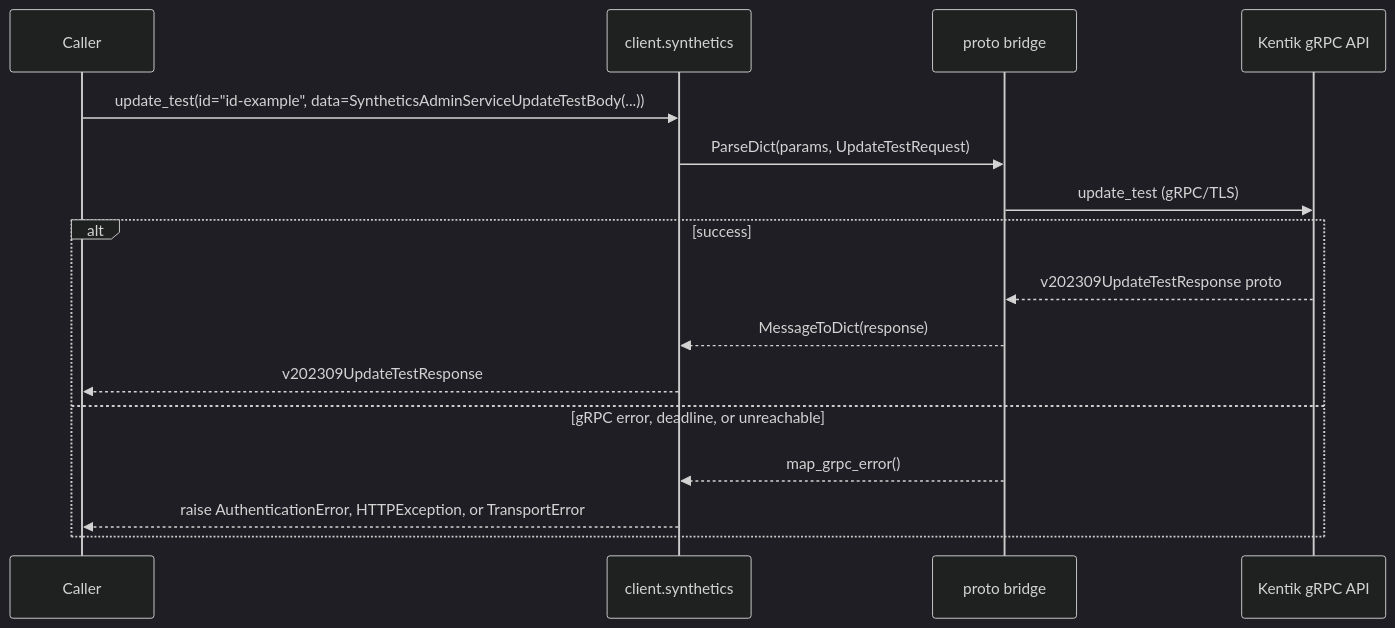
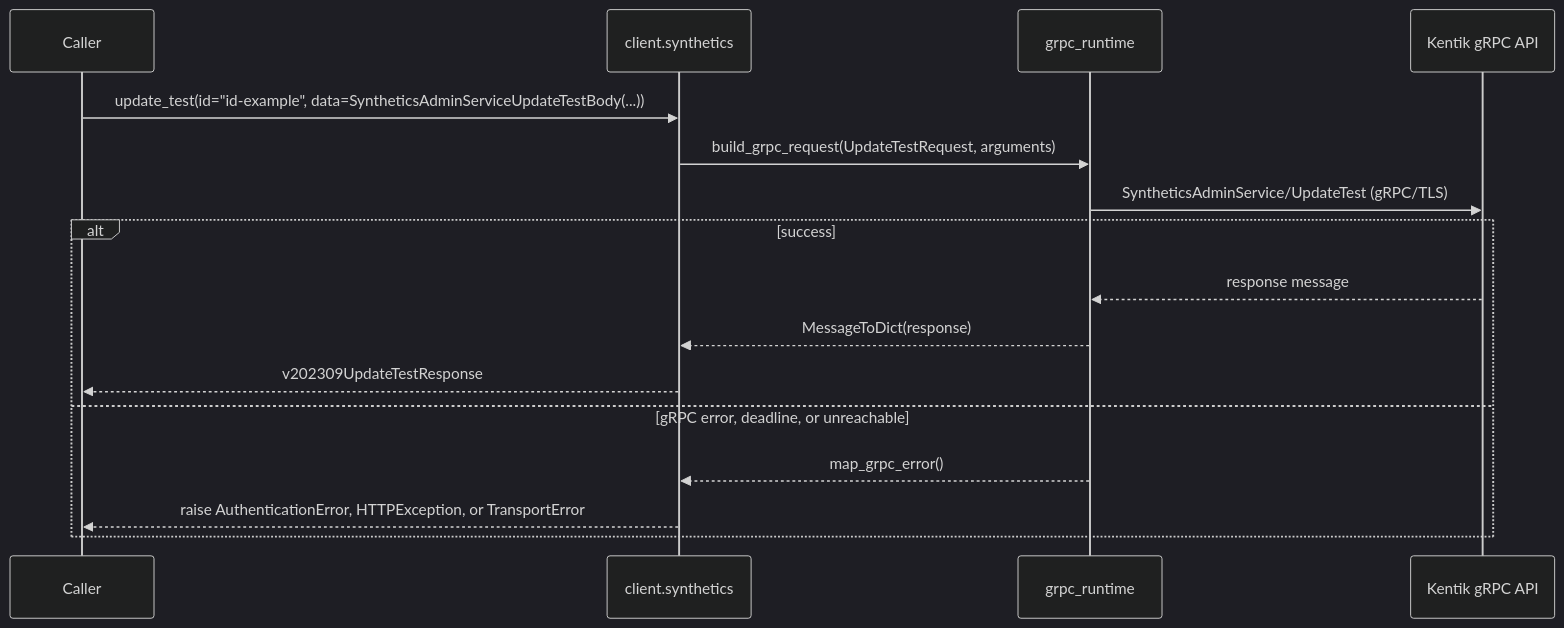
Before and after one commit to alexdearaujo/community_sdk_python: diagram 27 of 38 in docs/sphinx/services/synthetics.md, drawn with Mermaid (dark theme). The commit also changed other lines of this file and 37 other files, not shown here.

First line of the commit message:
docs: show the real RPC in each service page's gRPC diagram

````diff
--- a/docs/sphinx/services/synthetics.md
+++ b/docs/sphinx/services/synthetics.md
@@ -959,19 +959,19 @@
 ```mermaid
 sequenceDiagram
     participant C as Caller
     participant W as client.synthetics
-    participant B as proto bridge
+    participant R as grpc_runtime
     participant API as Kentik gRPC API
 
     C->>W: update_test(id="id-example", data=SyntheticsAdminServiceUpdateTestBody(...))
-    W->>B: ParseDict(params, UpdateTestRequest)
-    B->>API: update_test (gRPC/TLS)
+    W->>R: build_grpc_request(UpdateTestRequest, arguments)
+    R->>API: SyntheticsAdminService/UpdateTest (gRPC/TLS)
     alt success
-        API-->>B: v202309UpdateTestResponse proto
-        B-->>W: MessageToDict(response)
+        API-->>R: response message
+        R-->>W: MessageToDict(response)
         W-->>C: v202309UpdateTestResponse
     else gRPC error, deadline, or unreachable
-        B-->>W: map_grpc_error()
+        R-->>W: map_grpc_error()
         W-->>C: raise AuthenticationError, HTTPException, or TransportError
     end
 ```
````
